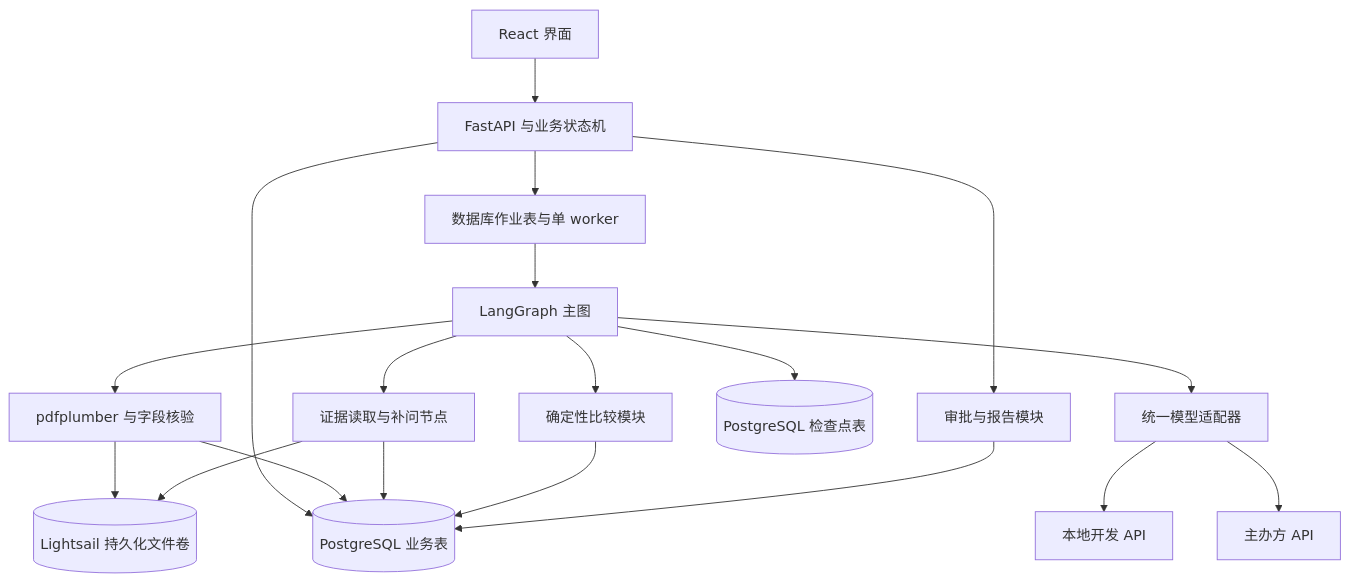
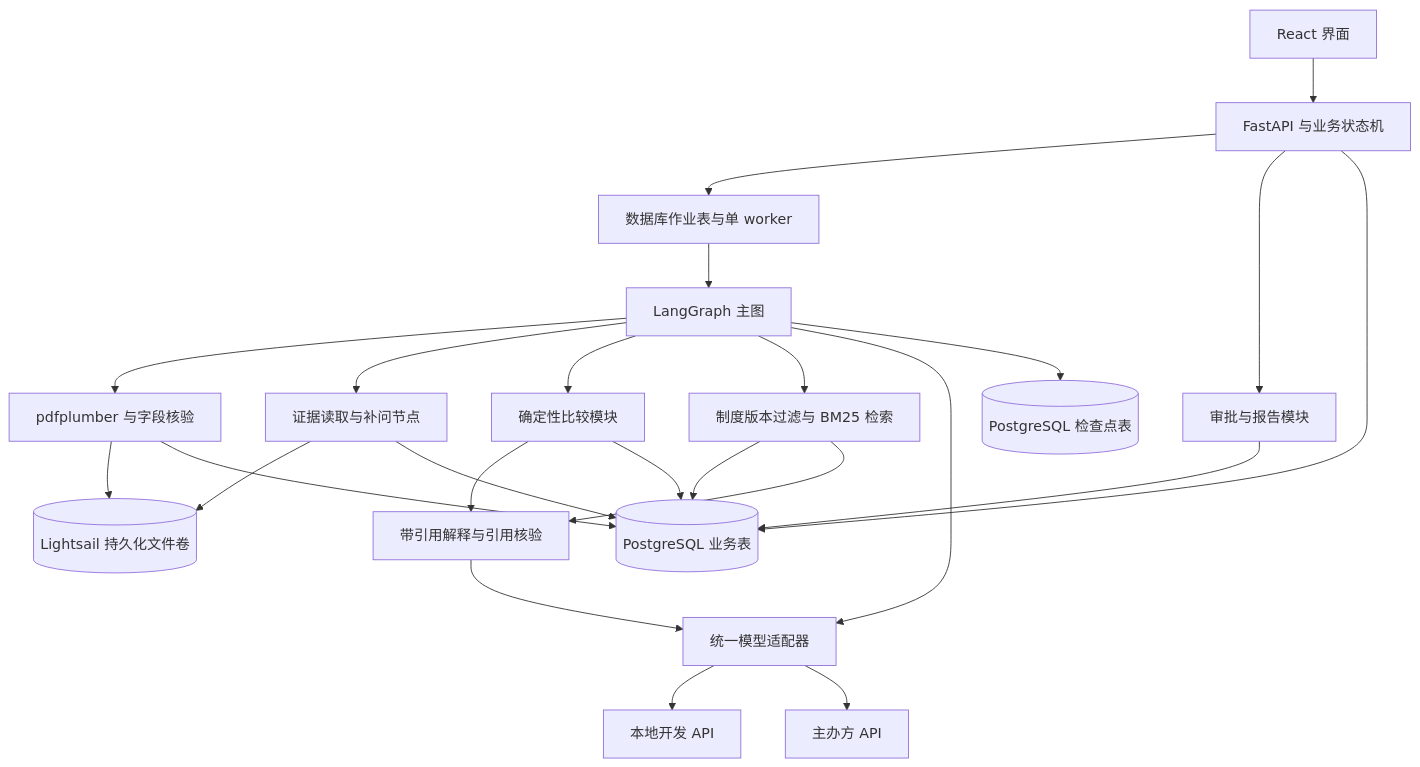
One commit to daydreamer17/Team-QQFARM changed the diagram in docs/ARCHITECTURE.md. Above: the diagram before and after it, drawn with Mermaid. The commit also changed other lines of this file and 4 other files, not shown here.

````diff
--- a/docs/ARCHITECTURE.md
+++ b/docs/ARCHITECTURE.md
@@ -38,21 +39,26 @@
 ```mermaid
 flowchart TD
     UI[React 界面] --> APP[FastAPI 与业务状态机]
     APP --> JOB[数据库作业表与单 worker]
     JOB --> AG[LangGraph 主图]
     AG --> PARSE[pdfplumber 与字段核验]
     AG --> READ[证据读取与补问节点]
     AG --> COMP[确定性比较模块]
+    AG --> RET[制度版本过滤与 BM25 检索]
+    RET --> DB
+    RET --> EXPL[带引用解释与引用核验]
+    COMP --> EXPL
+    EXPL --> MODEL
     AG --> MODEL[统一模型适配器]
     MODEL --> LOCAL[本地开发 API]
     MODEL --> AWS[主办方 API]
     AG --> CP[(PostgreSQL 检查点表)]
     APP --> REVIEW[审批与报告模块]
     APP --> DB[(PostgreSQL 业务表)]
     PARSE --> FILES[(Lightsail 持久化文件卷)]
     PARSE --> DB
     READ --> FILES
     READ --> DB
     COMP --> DB
     REVIEW --> DB
 ```
````
